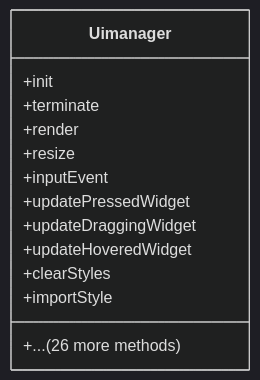
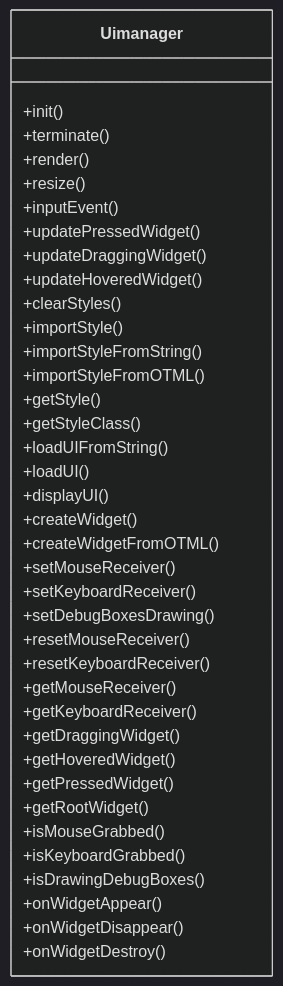
The diagram in docs/authoring/01_core/api/cpp/framework/diagrams/uimanager.mmd (lukaszj321/otcv8-dev), drawn with Mermaid before and after one commit. The commit also changed 60 other files, not shown here.

Commit message:
fix: show all methods in class diagrams without truncation

```diff
--- a/docs/authoring/01_core/api/cpp/framework/diagrams/uimanager.mmd
+++ b/docs/authoring/01_core/api/cpp/framework/diagrams/uimanager.mmd
@@ -1,15 +1,40 @@
 %%{init: {'theme':'dark','themeVariables': {'primaryTextColor':'#ddd','lineColor':'#9aa0a6'},'securityLevel':'loose'}}%%
 classDiagram
     class Uimanager {
-        +init
-        +terminate
-        +render
-        +resize
-        +inputEvent
-        +updatePressedWidget
-        +updateDraggingWidget
-        +updateHoveredWidget
-        +clearStyles
-        +importStyle
-        +... (26 more methods)
+        +init()
+        +terminate()
+        +render()
+        +resize()
+        +inputEvent()
+        +updatePressedWidget()
+        +updateDraggingWidget()
+        +updateHoveredWidget()
+        +clearStyles()
+        +importStyle()
+        +importStyleFromString()
+        +importStyleFromOTML()
+        +getStyle()
+        +getStyleClass()
+        +loadUIFromString()
+        +loadUI()
+        +displayUI()
+        +createWidget()
+        +createWidgetFromOTML()
+        +setMouseReceiver()
+        +setKeyboardReceiver()
+        +setDebugBoxesDrawing()
+        +resetMouseReceiver()
+        +resetKeyboardReceiver()
+        +getMouseReceiver()
+        +getKeyboardReceiver()
+        +getDraggingWidget()
+        +getHoveredWidget()
+        +getPressedWidget()
+        +getRootWidget()
+        +isMouseGrabbed()
+        +isKeyboardGrabbed()
+        +isDrawingDebugBoxes()
+        +onWidgetAppear()
+        +onWidgetDisappear()
+        +onWidgetDestroy()
     }
```
